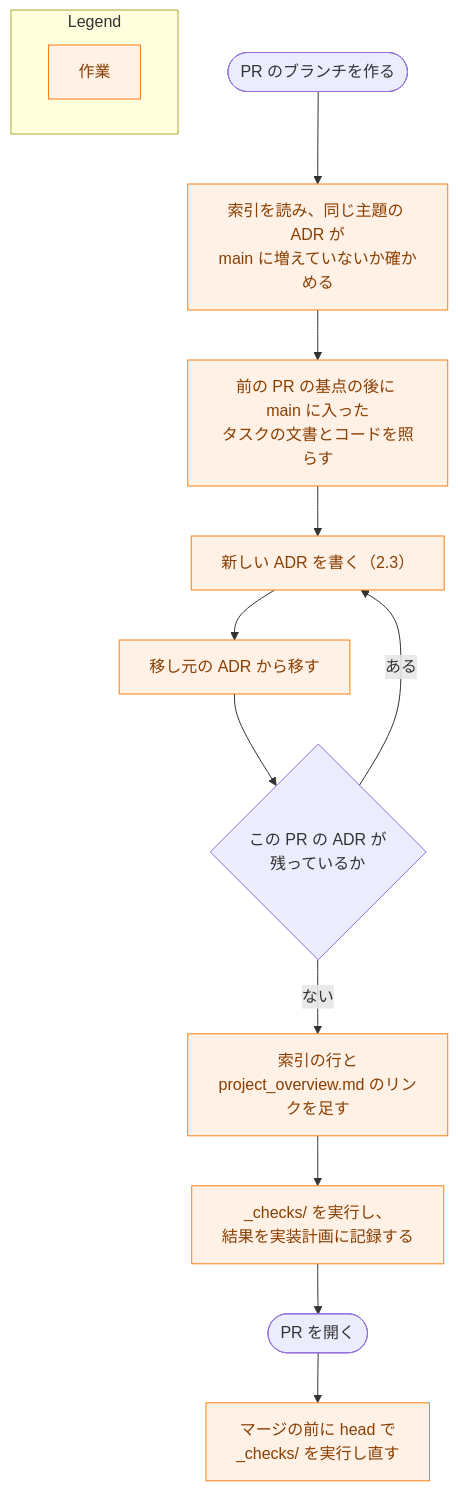
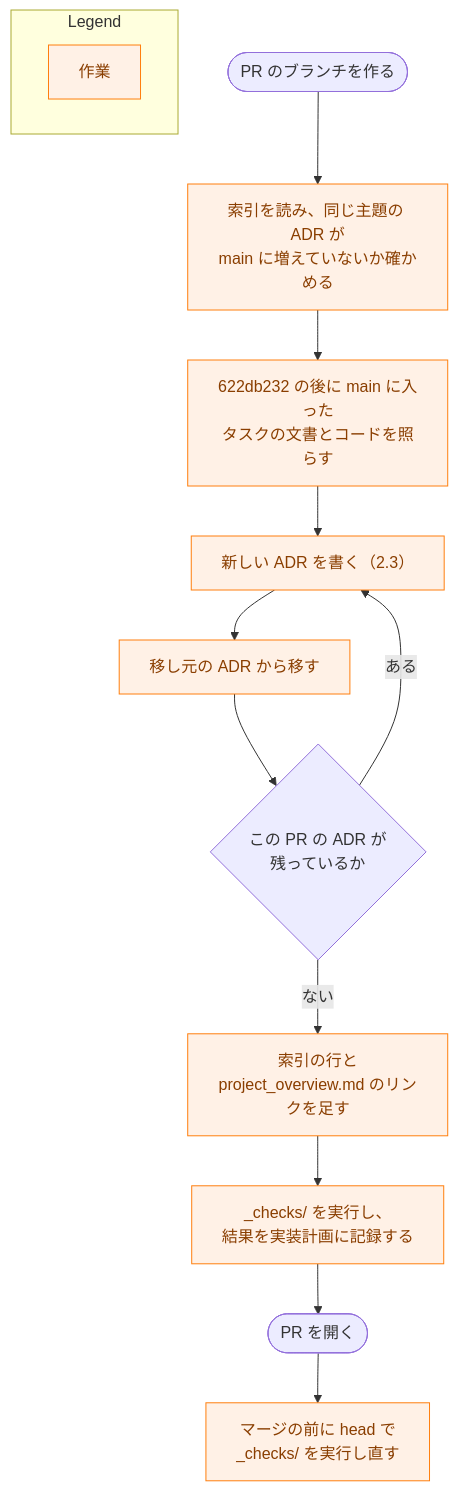
Before and after one commit to isseis/yt2column: the fourth of 4 diagrams in docs/tasks/0065_adr_remaining/02_architecture.md, drawn with Mermaid. The commit also changed other lines of this file, not shown here.

First line of the commit message:
docs(0065): check tasks since 622db232 per PR and pin the checked head

````diff
--- a/docs/tasks/0065_adr_remaining/02_architecture.md
+++ b/docs/tasks/0065_adr_remaining/02_architecture.md
@@ -432,26 +432,26 @@
 ```mermaid
 flowchart TD
     classDef process fill:#fff1e6,stroke:#ff7f0e,stroke-width:1px,color:#8a3e00;
 
     START(["PR のブランチを作る"])
     READ["索引を読み、同じ主題の ADR が<br>main に増えていないか確かめる"]
-    SINCE["前の PR の基点の後に main に入った<br>タスクの文書とコードを照らす"]
+    SINCE["622db232 の後に main に入った<br>タスクの文書とコードを照らす"]
     WRITE["新しい ADR を書く（2.3）"]
     MOVE["移し元の ADR から移す"]
     MORE{"この PR の ADR が<br>残っているか"}
     LINK["索引の行と<br>project_overview.md のリンクを足す"]
     CHECK["_checks/ を実行し、<br>結果を実装計画に記録する"]
     PR(["PR を開く"])
     FINAL["マージの前に head で<br>_checks/ を実行し直す"]
 
     START --> READ --> SINCE --> WRITE --> MOVE --> MORE
     MORE -->|"ある"| WRITE
     MORE -->|"ない"| LINK --> CHECK --> PR --> FINAL
 
     class READ,SINCE,WRITE,MOVE,LINK,CHECK,FINAL process
 
     subgraph Legend["Legend"]
         L1["作業"]
     end
     class L1 process
 ```
````
